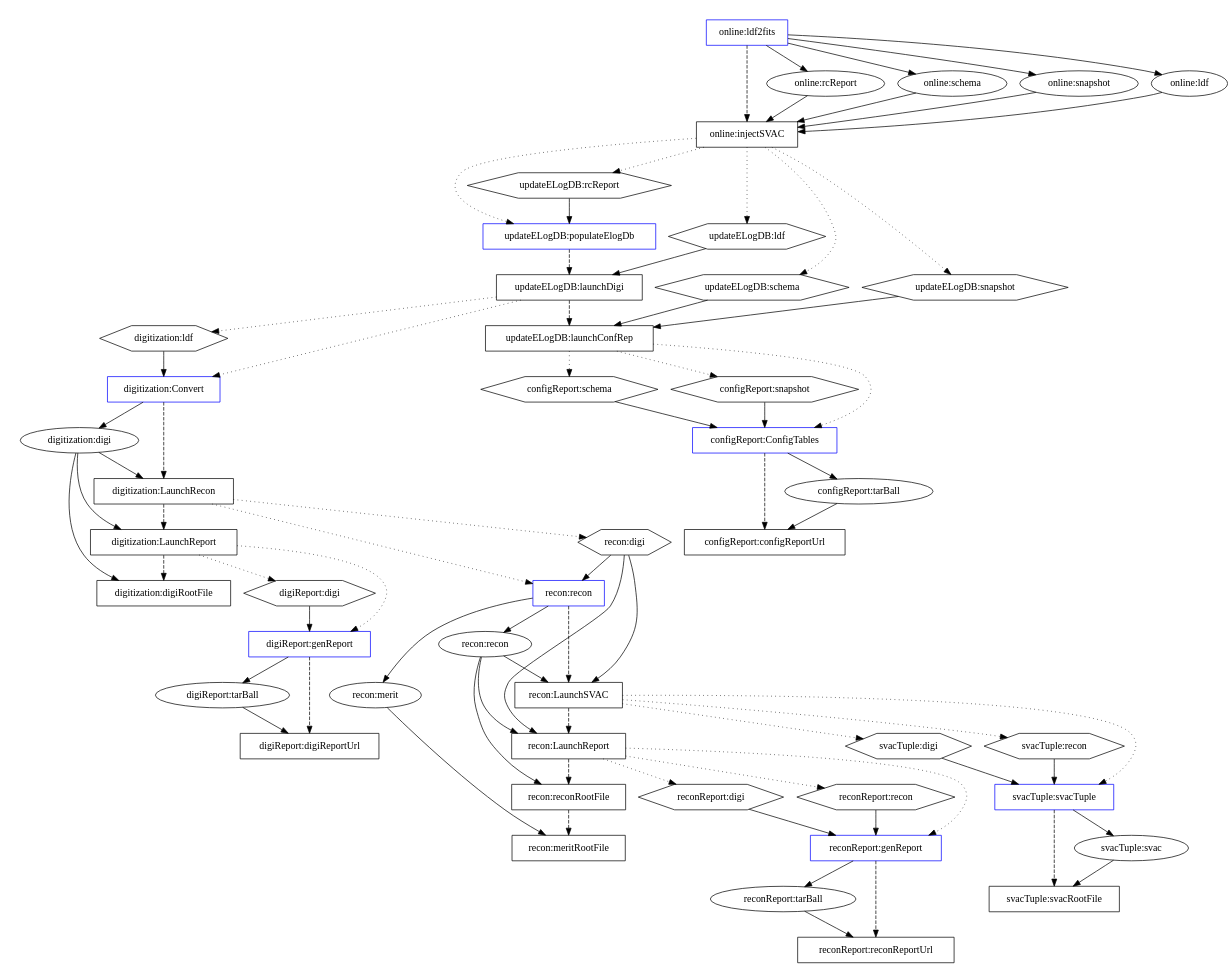
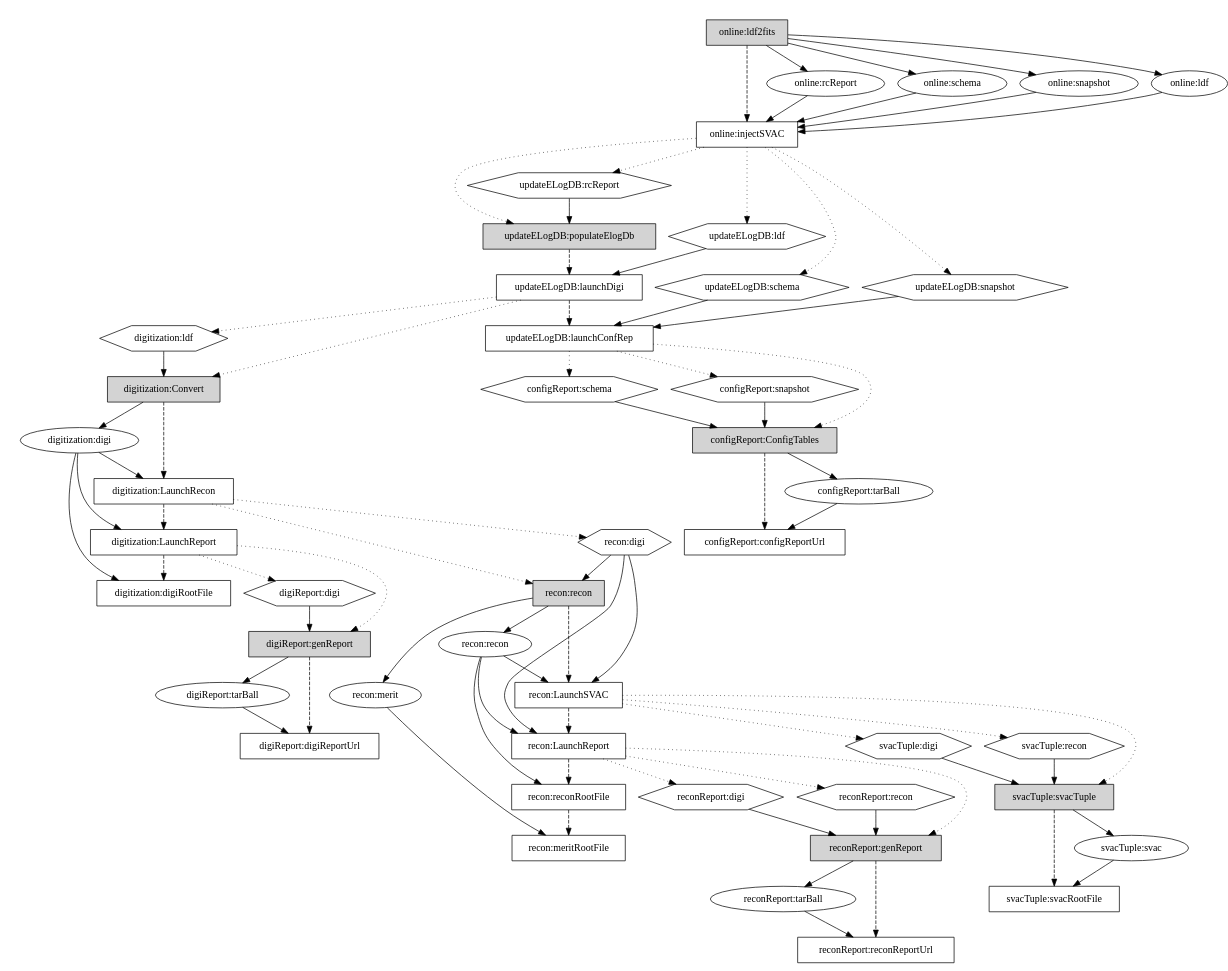
One commit to fermi-lat/svac changed the diagram in svacPipeline/doc/actual-EM2-v1r0.dot. Above: the diagram before and after it, drawn with Graphviz. The commit also changed 2 other files, not shown here.

Commit message:
Changed entry points from blue to shaded in ideal and actual graphs, updated text to reflect this.

```diff
--- a/svacPipeline/doc/actual-EM2-v1r0.dot
+++ b/svacPipeline/doc/actual-EM2-v1r0.dot
@@ -31,18 +31,18 @@
 svacTuple_svacRootFile_tp [label="svacTuple:svacRootFile"];
 #
 ## entry points
-node [color=blue];
+node [style=filled];
 ##
-online_ldf2fits_tp [label="online:ldf2fits",color=blue];
-updateELogDB_populateElogDb_tp [label="updateELogDB:populateElogDb",color=blue];
-configReport_ConfigTables_tp [label="configReport:ConfigTables",color=blue];
-digitization_Convert_tp [label="digitization:Convert",color=blue];
-digiReport_genReport_tp [label="digiReport:genReport",color=blue];
-recon_recon_tp [label="recon:recon",color=blue];
-reconReport_genReport_tp [label="reconReport:genReport",color=blue];
-svacTuple_svacTuple_tp [label="svacTuple:svacTuple ",color=blue];
+online_ldf2fits_tp [label="online:ldf2fits"];
+updateELogDB_populateElogDb_tp [label="updateELogDB:populateElogDb"];
+configReport_ConfigTables_tp [label="configReport:ConfigTables"];
+digitization_Convert_tp [label="digitization:Convert"];
+digiReport_genReport_tp [label="digiReport:genReport"];
+recon_recon_tp [label="recon:recon"];
+reconReport_genReport_tp [label="reconReport:genReport"];
+svacTuple_svacTuple_tp [label="svacTuple:svacTuple "];
 ##
-node [color=black]
+node [color=black,style=solid]
 ##
 
 
```
